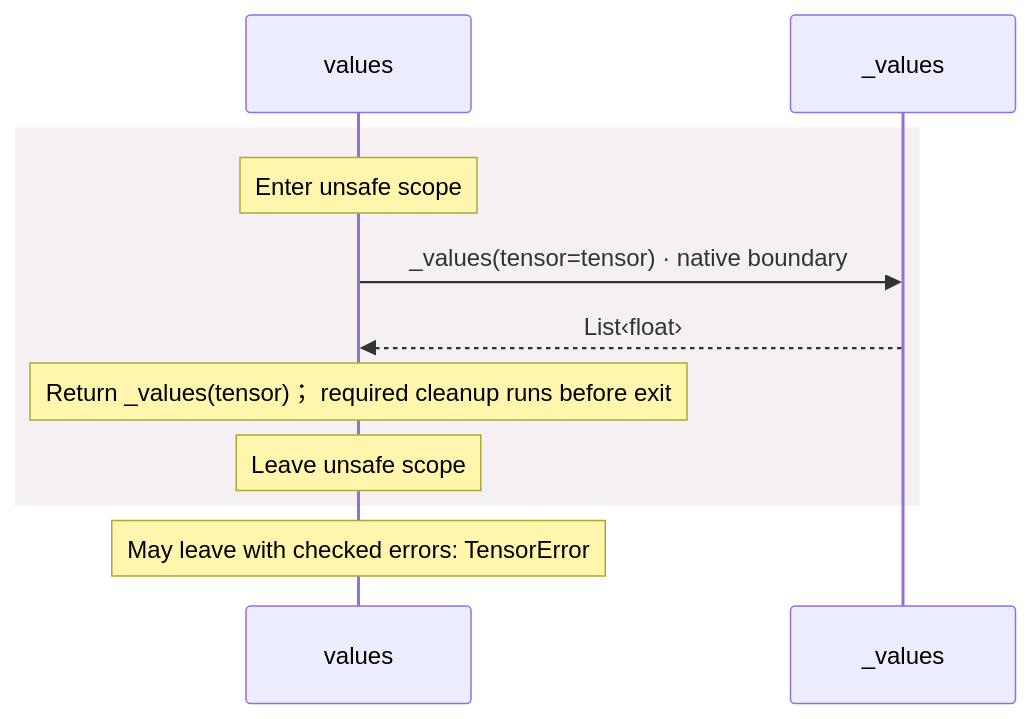
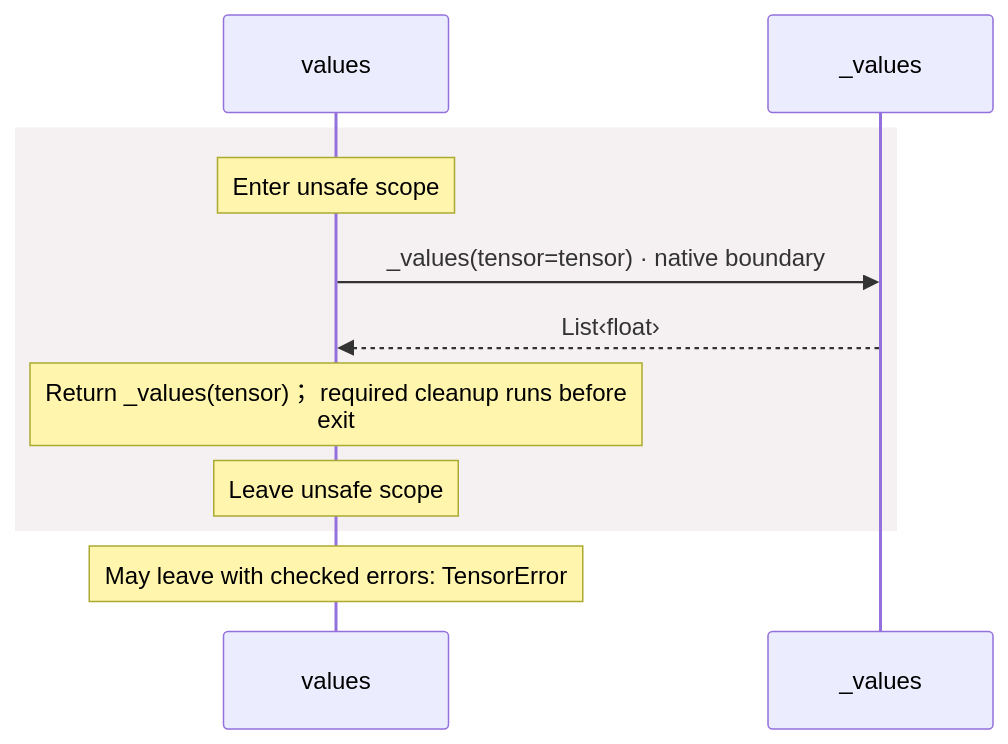
The sixth of 8 diagrams in docs/examples/native-pytorch/dependencies/packages/@greenpandastudios/aug-pytorch/0.1.6/api-diagrams.md (GreenPandaStudios/augscript), drawn with Mermaid before and after one commit. The commit also changed other lines of this file and 200 other files, not shown here.

Commit message:
Group imported operations and wrap readable sequence messages

````diff
--- a/docs/examples/native-pytorch/dependencies/packages/@greenpandastudios/aug-pytorch/0.1.6/api-diagrams.md
+++ b/docs/examples/native-pytorch/dependencies/packages/@greenpandastudios/aug-pytorch/0.1.6/api-diagrams.md
@@ -157,13 +157,13 @@
 ```mermaid
 sequenceDiagram
     participant p0 as values
     participant p1 as _values
     rect rgb(245, 240, 241)
     Note over p0: Enter unsafe scope
     p0->>p1: _values(tensor=tensor) · native boundary
     p1-->>p0: List‹float›
-    Note over p0: Return _values(tensor)； required cleanup runs before exit
+    Note over p0: Return _values(tensor)； required cleanup runs before<br/>exit
     Note over p0: Leave unsafe scope
     end
     Note over p0: May leave with checked errors: TensorError
 ```
````
